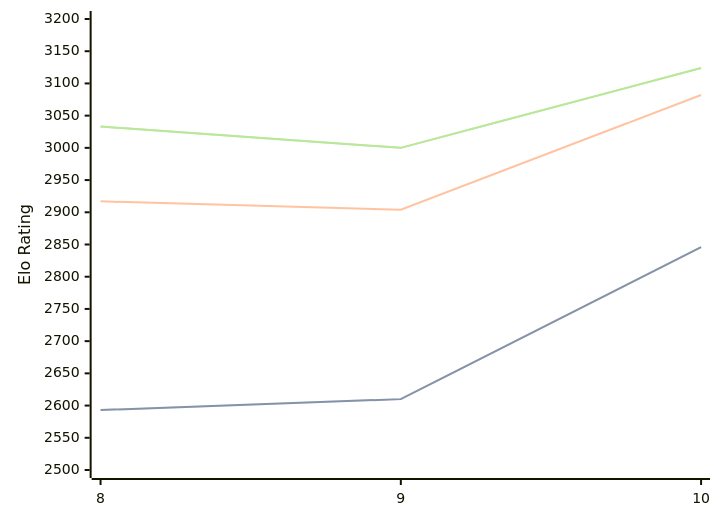
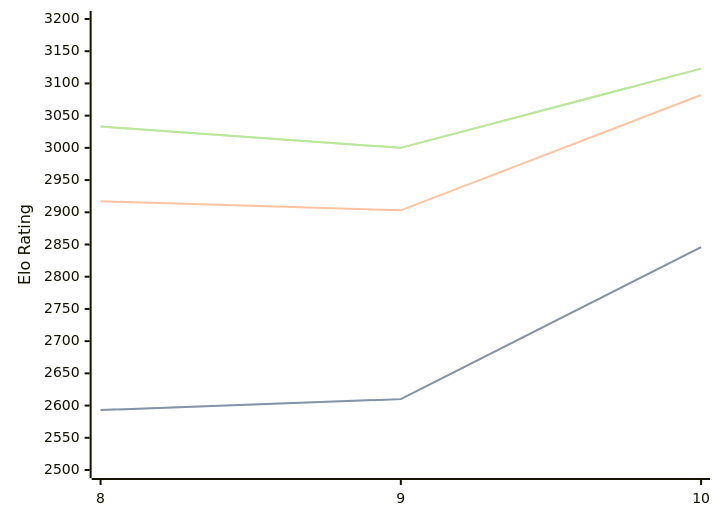
The diagram in engines/Lozza.md (computer-chess-index/cci), drawn with Mermaid before and after one commit. The commit also changed other lines of this file, not shown here.

Commit message:
Update CCI Ratings (ELO VLTC) - 2026-09-01

````diff
--- a/engines/Lozza.md
+++ b/engines/Lozza.md
@@ -33,11 +33,11 @@
 ```mermaid
 %%{init: {"theme":"base","themeVariables":{"seriesColors:['#a3a3a3','#222221','#faa371']}}}%%
 xychart-beta
   x-axis ["8", "9", "10"]
   y-axis "Elo Rating" 2500 --> 3200
   line "" [2593, 2610, 2846]
   line "STC (8.0+0.08s)" [2593, 2610, 2846]
-  line "LTC (60.0+0.60s)" [2917, 2904, 3082]
-  line "" [3033, 3000, 3124]
-  line "VLTC (2m24s+1.12s)" [3033, 3000, 3124]
+  line "LTC (60.0+0.60s)" [2917, 2903, 3082]
+  line "" [3033, 3000, 3123]
+  line "VLTC (2m24s+1.12s)" [3033, 3000, 3123]
 ```
````
